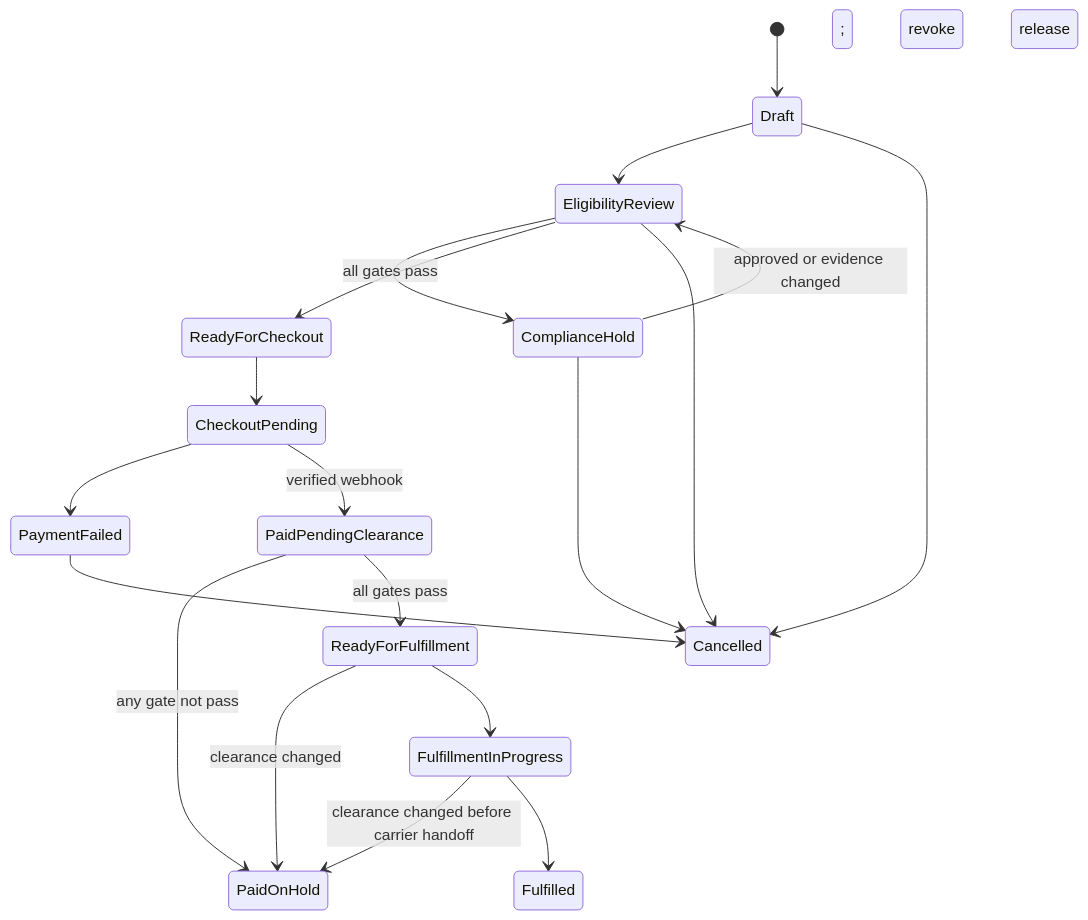
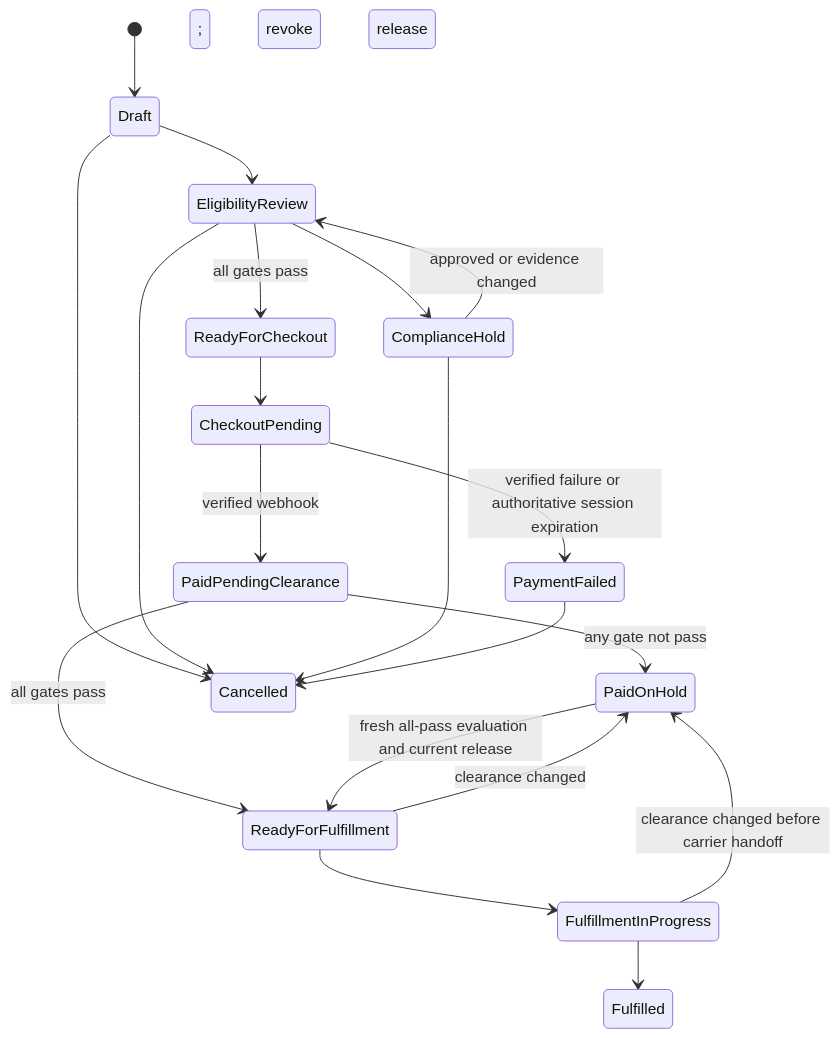
Before and after one commit to Shigakuresama/Propeptiq: the second of 3 diagrams in docs/architecture/data-model.md, drawn with Mermaid. The commit also changed other lines of this file and 9 other files, not shown here.

````diff
--- a/docs/architecture/data-model.md
+++ b/docs/architecture/data-model.md
@@ -111,21 +114,22 @@
 ```mermaid
 stateDiagram-v2
   [*] --> Draft
   Draft --> EligibilityReview
   EligibilityReview --> ComplianceHold
   ComplianceHold --> EligibilityReview: approved or evidence changed
   EligibilityReview --> ReadyForCheckout: all gates pass
   ReadyForCheckout --> CheckoutPending
-  CheckoutPending --> PaymentFailed
+  CheckoutPending --> PaymentFailed: verified failure or authoritative session expiration
   CheckoutPending --> PaidPendingClearance: verified webhook
   PaidPendingClearance --> PaidOnHold: any gate not pass
   PaidPendingClearance --> ReadyForFulfillment: all gates pass
+  PaidOnHold --> ReadyForFulfillment: fresh all-pass evaluation and current release
   ReadyForFulfillment --> PaidOnHold: clearance changed; revoke release
   ReadyForFulfillment --> FulfillmentInProgress
   FulfillmentInProgress --> PaidOnHold: clearance changed before carrier handoff; revoke release
   FulfillmentInProgress --> Fulfilled
   Draft --> Cancelled
   EligibilityReview --> Cancelled
   ComplianceHold --> Cancelled
   PaymentFailed --> Cancelled
 ```
````
